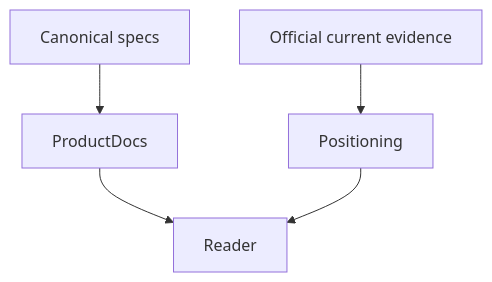
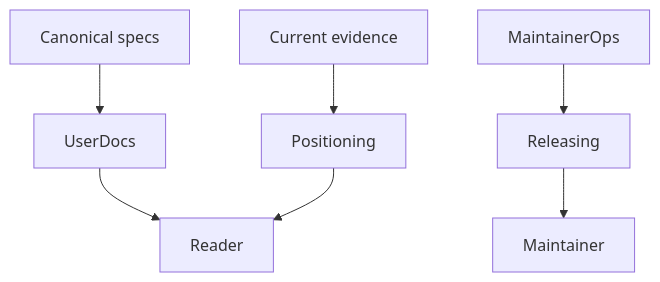
One commit to streamentry/AGENTOWNERS changed the second of 3 diagrams in docs/AGENTS.md. Above: the diagram before and after it, drawn with Mermaid. The commit also changed other lines of this file and 13 other files, not shown here.

````diff
--- a/docs/AGENTS.md
+++ b/docs/AGENTS.md
@@ -27,7 +29,9 @@
 ```mermaid
 flowchart TB
-  Contract[Canonical specs] --> ProductDocs
-  Evidence[Official current evidence] --> Positioning
-  ProductDocs --> Reader
+  Contract[Canonical specs] --> UserDocs
+  Evidence[Current evidence] --> Positioning
+  MaintainerOps --> Releasing
+  UserDocs --> Reader
   Positioning --> Reader
+  Releasing --> Maintainer
 ```
````
